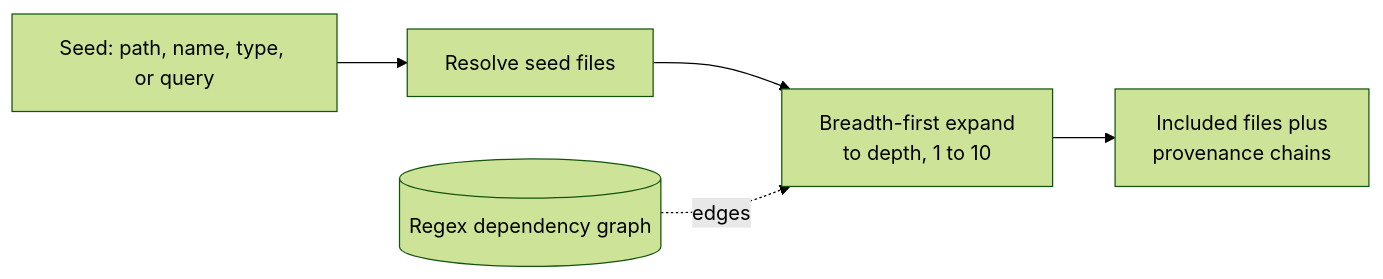
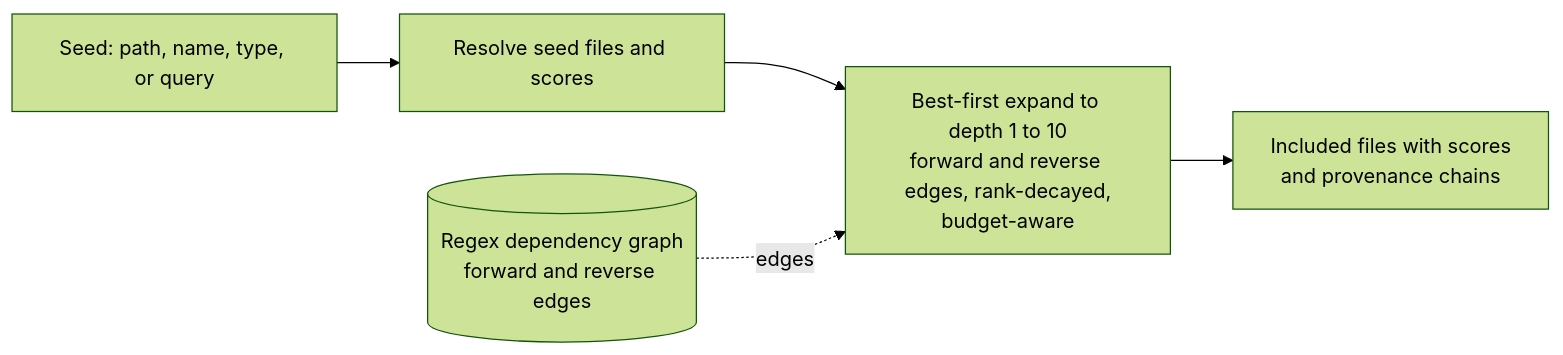
The diagram in docs/architecture/scoping-internals.md (Litenova-Solutions/Fuse), drawn with Mermaid (forest theme) before and after one commit. The commit also changed other lines of this file and 12 other files, not shown here.

````diff
--- a/docs/architecture/scoping-internals.md
+++ b/docs/architecture/scoping-internals.md
@@ -43,7 +49,7 @@
 ```mermaid
 flowchart LR
-    A[Seed: path, name, type, or query] --> B[Resolve seed files]
-    B --> C[Breadth-first expand<br/>to depth, 1 to 10]
-    C --> D[Included files plus<br/>provenance chains]
-    G[(Regex dependency graph)] -.edges.-> C
+    A[Seed: path, name, type, or query] --> B[Resolve seed files and scores]
+    B --> C[Best-first expand to depth 1 to 10<br/>forward and reverse edges, rank-decayed,<br/>budget-aware]
+    C --> D[Included files with scores<br/>and provenance chains]
+    G[(Regex dependency graph<br/>forward and reverse edges)] -.edges.-> C
 ```
````
